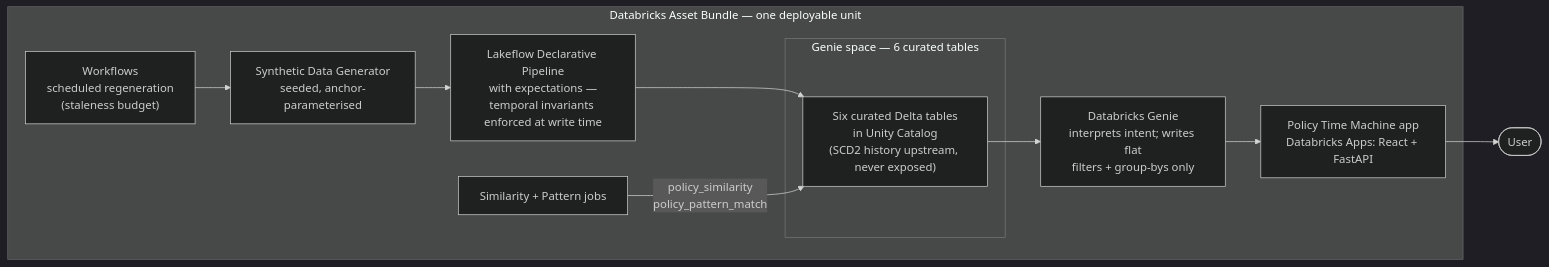
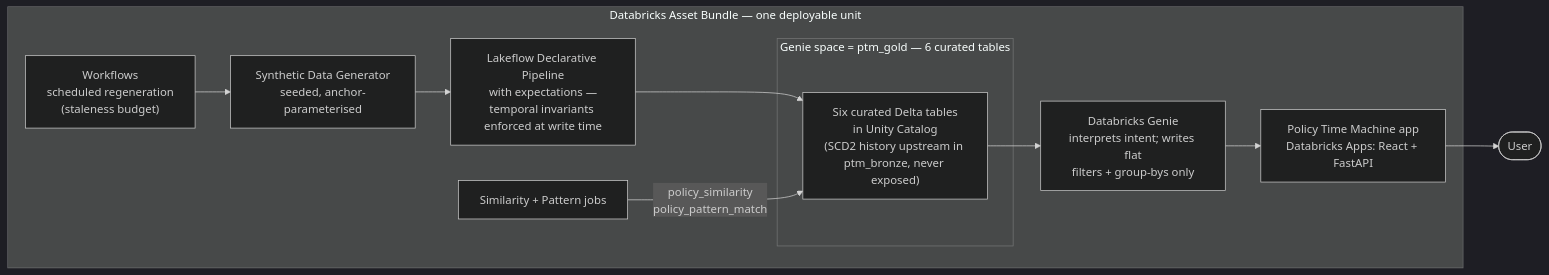
One commit to Sushruth-TechFabric/policy-time-machine changed the diagram in docs/diagrams/01-high-level.mmd. Above: the diagram before and after it, drawn with Mermaid (dark theme). The commit also changed 7 other files, not shown here.

Commit message:
Diagrams reflect medallion schemas; embeds kept in verbatim sync

```diff
--- a/docs/diagrams/01-high-level.mmd
+++ b/docs/diagrams/01-high-level.mmd
@@ -1,18 +1,18 @@
 %% Diagram 1 — High-level architecture. Audience: judges; first slide of the writeup.
 %% Embedded in docs/specs/09-product-charter.md. Vocabulary per CONTEXT.md and 03-genie-knowledge.md §7.
 flowchart LR
     subgraph bundle["Databricks Asset Bundle — one deployable unit"]
         wf["Workflows<br/>scheduled regeneration<br/>(staleness budget)"]
         gen["Synthetic Data Generator<br/>seeded, anchor-parameterised"]
         dlt["Lakeflow Declarative Pipeline<br/>with expectations —<br/>temporal invariants enforced at write time"]
         jobs["Similarity + Pattern jobs"]
-        subgraph gspace["Genie space — 6 curated tables"]
-            tables["Six curated Delta tables<br/>in Unity Catalog<br/>(SCD2 history upstream, never exposed)"]
+        subgraph gspace["Genie space = ptm_gold — 6 curated tables"]
+            tables["Six curated Delta tables<br/>in Unity Catalog<br/>(SCD2 history upstream in ptm_bronze, never exposed)"]
         end
         genie["Databricks Genie<br/>interprets intent; writes flat<br/>filters + group-bys only"]
         app["Policy Time Machine app<br/>Databricks Apps: React + FastAPI"]
     end
     user(["User"])
 
     wf --> gen --> dlt --> tables --> genie --> app --> user
     jobs -->|"policy_similarity<br/>policy_pattern_match"| tables
```
